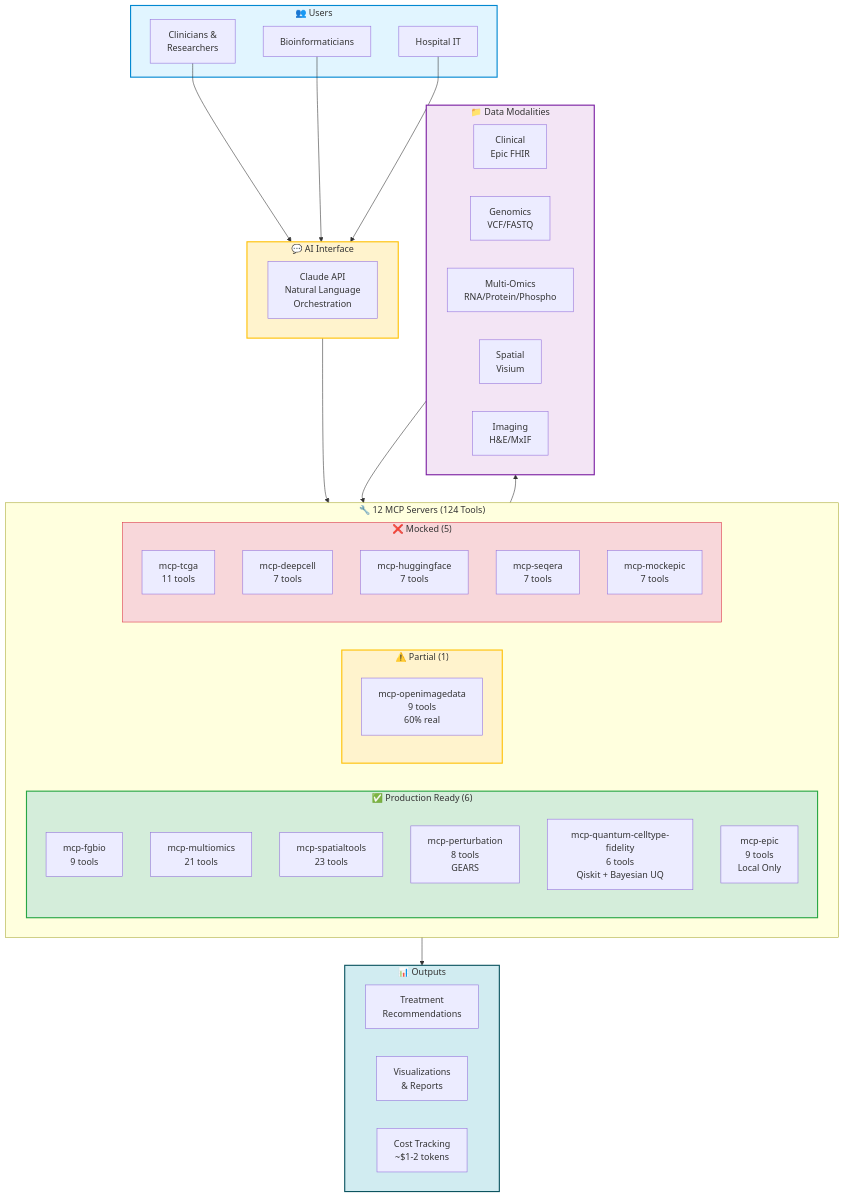
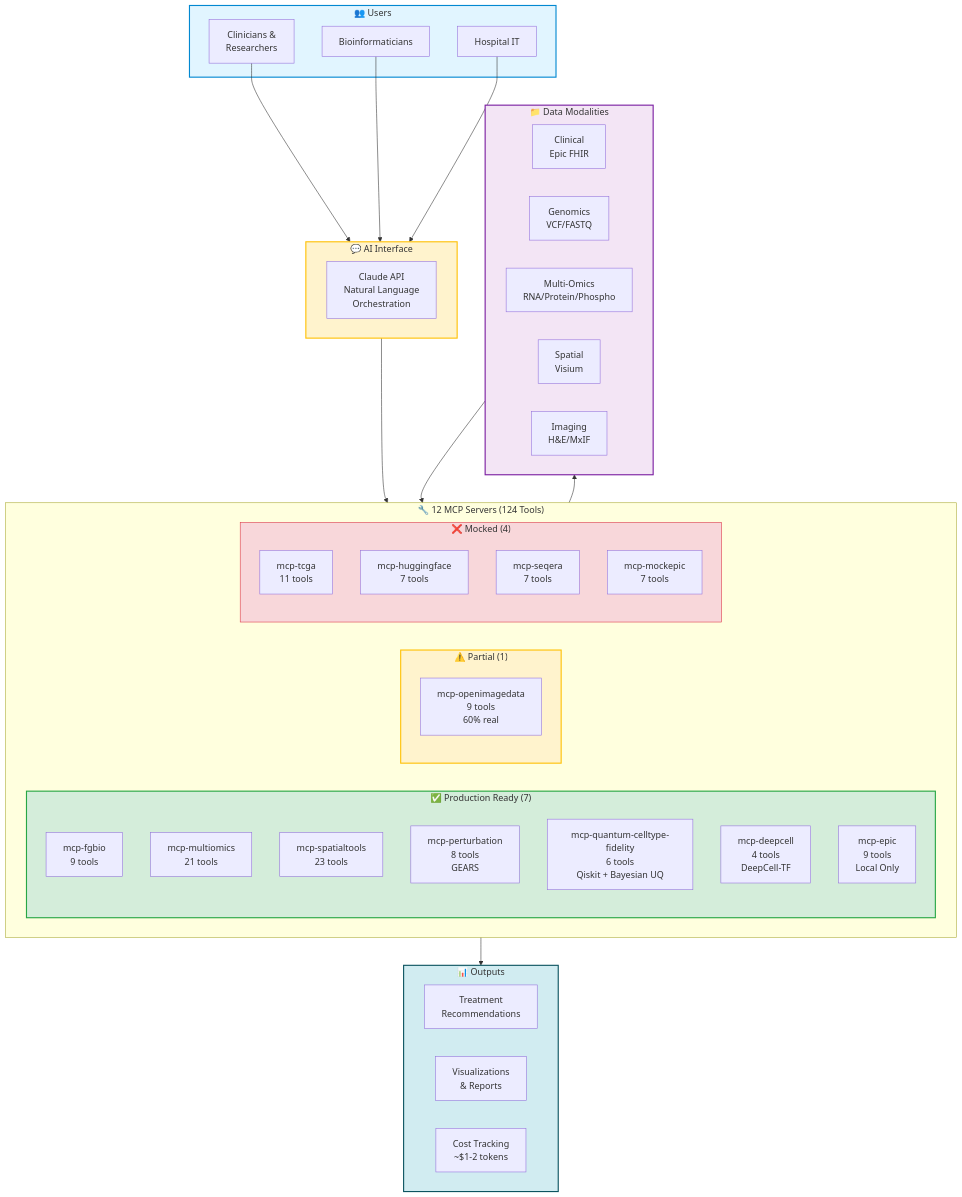
The diagram in docs/EXECUTIVE_SUMMARY.md (raymond301/precision-medicine-mcp), drawn with Mermaid before and after one commit. The commit also changed other lines of this file and 5 other files, not shown here.

First line of the commit message:
Update documentation: mcp-deepcell now production (Phase 1)

````diff
--- a/docs/EXECUTIVE_SUMMARY.md
+++ b/docs/EXECUTIVE_SUMMARY.md
@@ -13,69 +13,69 @@
 ```mermaid
 graph TB
     subgraph Users["👥 Users"]
         CLIN[Clinicians &<br/>Researchers]
         BIO[Bioinformaticians]
         ADMIN[Hospital IT]
     end
 
     subgraph Interface["💬 AI Interface"]
         CLAUDE[Claude API<br/>Natural Language<br/>Orchestration]
     end
 
     subgraph Servers["🔧 12 MCP Servers (124 Tools)"]
         direction LR
-        subgraph Production["✅ Production Ready (6)"]
+        subgraph Production["✅ Production Ready (7)"]
             FGBIO[mcp-fgbio<br/>9 tools]
             MULTI[mcp-multiomics<br/>21 tools]
             SPATIAL[mcp-spatialtools<br/>23 tools]
             PERTURB[mcp-perturbation<br/>8 tools<br/>GEARS]
             QUANTUM[mcp-quantum-celltype-fidelity<br/>6 tools<br/>Qiskit + Bayesian UQ]
+            DEEP[mcp-deepcell<br/>4 tools<br/>DeepCell-TF]
             EPIC[mcp-epic<br/>9 tools<br/>Local Only]
         end
 
         subgraph Partial["⚠️ Partial (1)"]
             IMAGE[mcp-openimagedata<br/>9 tools<br/>60% real]
         end
 
-        subgraph Mocked["❌ Mocked (5)"]
+        subgraph Mocked["❌ Mocked (4)"]
             TCGA[mcp-tcga<br/>11 tools]
-            DEEP[mcp-deepcell<br/>7 tools]
             HF[mcp-huggingface<br/>7 tools]
             SEQ[mcp-seqera<br/>7 tools]
             MOCK[mcp-mockepic<br/>7 tools]
         end
     end
 
     subgraph Data["📁 Data Modalities"]
         CLINICAL[Clinical<br/>Epic FHIR]
         GENOMIC[Genomics<br/>VCF/FASTQ]
         OMICS[Multi-Omics<br/>RNA/Protein/Phospho]
         SPAT[Spatial<br/>Visium]
         IMG[Imaging<br/>H&E/MxIF]
     end
 
     subgraph Output["📊 Outputs"]
         REPORT[Treatment<br/>Recommendations]
         VIZ[Visualizations<br/>& Reports]
         COST[Cost Tracking<br/>~$1-2 tokens]
     end
 
     CLIN --> Interface
     BIO --> Interface
     ADMIN --> Interface
 
     Interface --> Servers
 
     Servers --> Data
     Data --> Servers
 
     Servers --> Output
 
     style Users fill:#e1f5ff,stroke:#0288d1,stroke-width:2px
     style Interface fill:#fff3cd,stroke:#ffc107,stroke-width:2px
     style Production fill:#d4edda,stroke:#28a745,stroke-width:2px
     style Partial fill:#fff3cd,stroke:#ffc107,stroke-width:2px
     style Mocked fill:#f8d7da,stroke:#dc3545,stroke-width:1px
     style Data fill:#f3e5f5,stroke:#7b1fa2,stroke-width:2px
     style Output fill:#d1ecf1,stroke:#0c5460,stroke-width:2px
 ```
````
